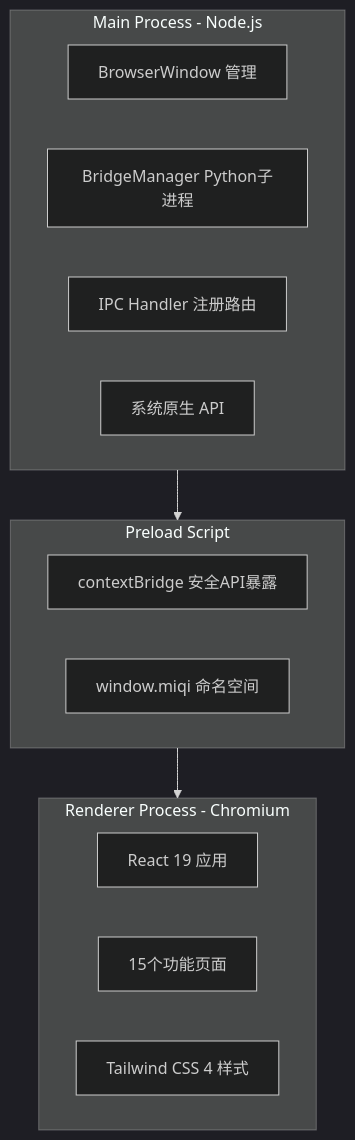
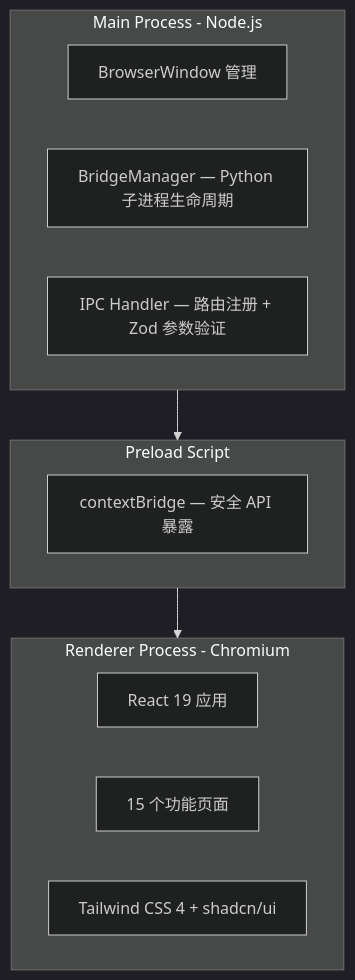
The first of 5 diagrams in docs/architecture.md (14790897/MiQi), drawn with Mermaid (dark theme) before and after one commit. The commit also changed other lines of this file and 12 other files, not shown here.

````diff
--- a/docs/architecture.md
+++ b/docs/architecture.md
@@ -9,23 +9,21 @@
 ```mermaid
 graph TB
     subgraph MP [Main Process - Node.js]
         BW[BrowserWindow 管理]
-        BM[BridgeManager Python子进程]
-        IPC[IPC Handler 注册路由]
-        API[系统原生 API]
+        BM[BridgeManager — Python 子进程生命周期]
+        IPC[IPC Handler — 路由注册 + Zod 参数验证]
     end
 
     subgraph PS [Preload Script]
-        CB[contextBridge 安全API暴露]
-        NS[window.miqi 命名空间]
+        CB[contextBridge — 安全 API 暴露]
     end
 
     subgraph RP [Renderer Process - Chromium]
         RC[React 19 应用]
-        PGS[15个功能页面]
-        TW[Tailwind CSS 4 样式]
+        PGS[15 个功能页面]
+        TW[Tailwind CSS 4 + shadcn/ui]
     end
 
     MP --> PS
     PS --> RP
 ```
````
